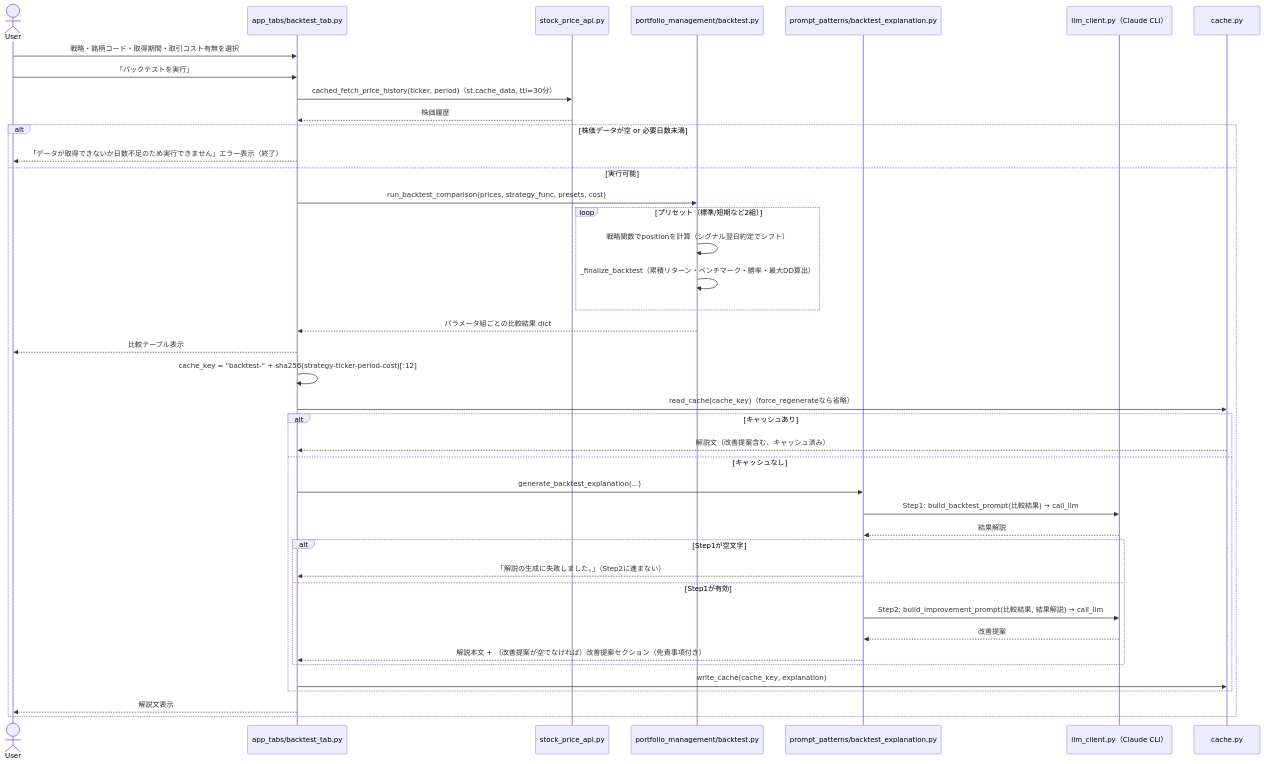
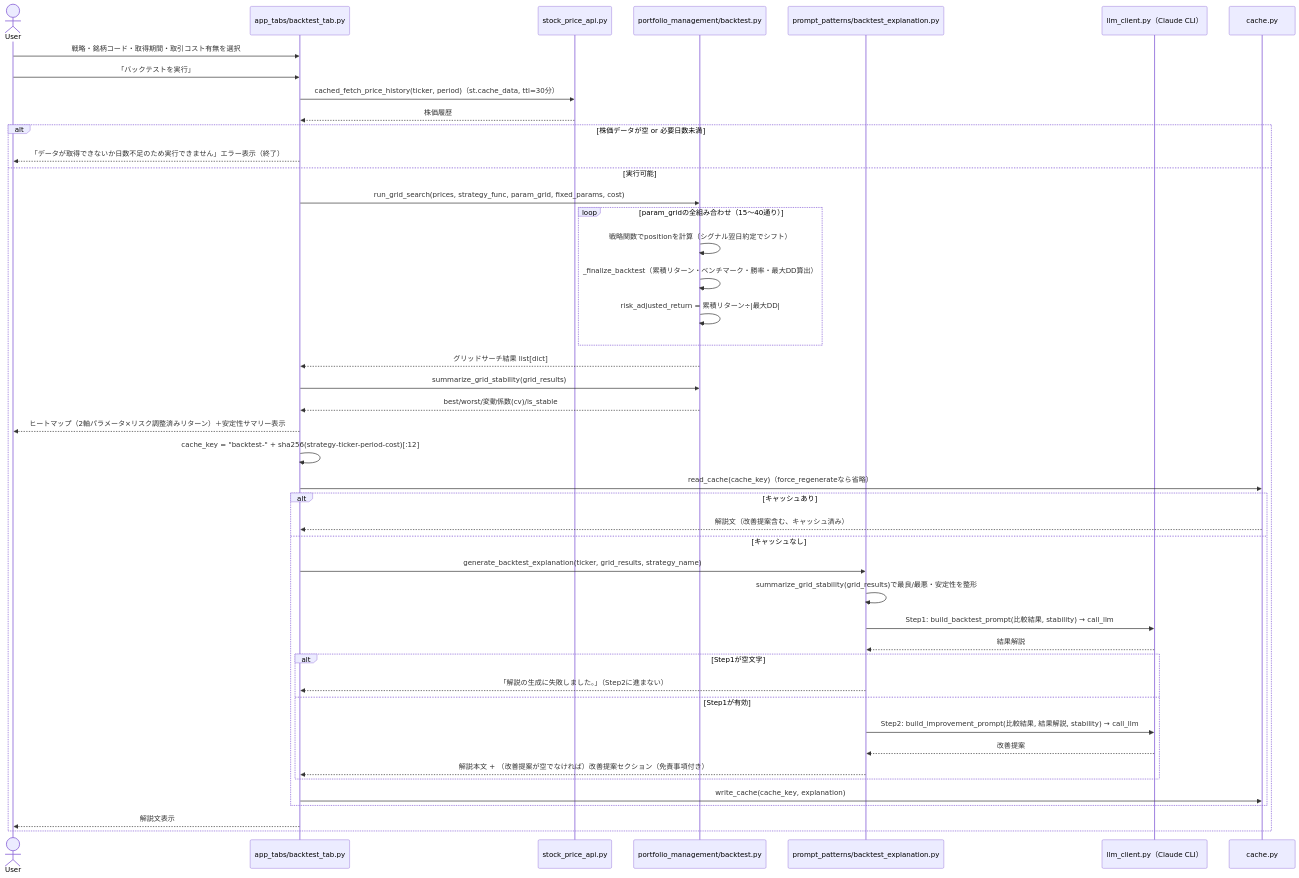
The fourth of 10 diagrams in app/docs/app-design.md (duwenji/ai-stock-investing-tutorial), drawn with Mermaid before and after one commit. The commit also changed other lines of this file, not shown here.

````diff
--- a/app/docs/app-design.md
+++ b/app/docs/app-design.md
@@ -473,44 +473,48 @@
 ```mermaid
 sequenceDiagram
     actor User
     participant UI as app_tabs/backtest_tab.py
     participant PriceAPI as stock_price_api.py
     participant Backtest as portfolio_management/backtest.py
     participant BacktestP as prompt_patterns/backtest_explanation.py
     participant LLM as llm_client.py（Claude CLI）
     participant Cache as cache.py
 
     User->>UI: 戦略・銘柄コード・取得期間・取引コスト有無を選択
     User->>UI: 「バックテストを実行」
     UI->>PriceAPI: cached_fetch_price_history(ticker, period)（st.cache_data, ttl=30分）
     PriceAPI-->>UI: 株価履歴
     alt 株価データが空 or 必要日数未満
         UI-->>User: 「データが取得できないか日数不足のため実行できません」エラー表示（終了）
     else 実行可能
-        UI->>Backtest: run_backtest_comparison(prices, strategy_func, presets, cost)
-        loop プリセット（標準/短期など2組）
+        UI->>Backtest: run_grid_search(prices, strategy_func, param_grid, fixed_params, cost)
+        loop param_gridの全組み合わせ（15〜40通り）
             Backtest->>Backtest: 戦略関数でpositionを計算（シグナル翌日約定でシフト）
             Backtest->>Backtest: _finalize_backtest（累積リターン・ベンチマーク・勝率・最大DD算出）
+            Backtest->>Backtest: risk_adjusted_return = 累積リターン÷|最大DD|
         end
-        Backtest-->>UI: パラメータ組ごとの比較結果 dict
-        UI-->>User: 比較テーブル表示
+        Backtest-->>UI: グリッドサーチ結果 list[dict]
+        UI->>Backtest: summarize_grid_stability(grid_results)
+        Backtest-->>UI: best/worst/変動係数(cv)/is_stable
+        UI-->>User: ヒートマップ（2軸パラメータ×リスク調整済みリターン）＋安定性サマリー表示
         UI->>UI: cache_key = "backtest-" + sha256(strategy-ticker-period-cost)[:12]
         UI->>Cache: read_cache(cache_key)（force_regenerateなら省略）
         alt キャッシュあり
             Cache-->>UI: 解説文（改善提案含む、キャッシュ済み）
         else キャッシュなし
-            UI->>BacktestP: generate_backtest_explanation(...)
-            BacktestP->>LLM: Step1: build_backtest_prompt(比較結果) → call_llm
+            UI->>BacktestP: generate_backtest_explanation(ticker, grid_results, strategy_name)
+            BacktestP->>BacktestP: summarize_grid_stability(grid_results)で最良/最悪・安定性を整形
+            BacktestP->>LLM: Step1: build_backtest_prompt(比較結果, stability) → call_llm
             LLM-->>BacktestP: 結果解説
             alt Step1が空文字
                 BacktestP-->>UI: 「解説の生成に失敗しました。」（Step2に進まない）
             else Step1が有効
-                BacktestP->>LLM: Step2: build_improvement_prompt(比較結果, 結果解説) → call_llm
+                BacktestP->>LLM: Step2: build_improvement_prompt(比較結果, 結果解説, stability) → call_llm
                 LLM-->>BacktestP: 改善提案
                 BacktestP-->>UI: 解説本文 + （改善提案が空でなければ）改善提案セクション（免責事項付き）
             end
             UI->>Cache: write_cache(cache_key, explanation)
         end
         UI-->>User: 解説文表示
     end
 ```
````
